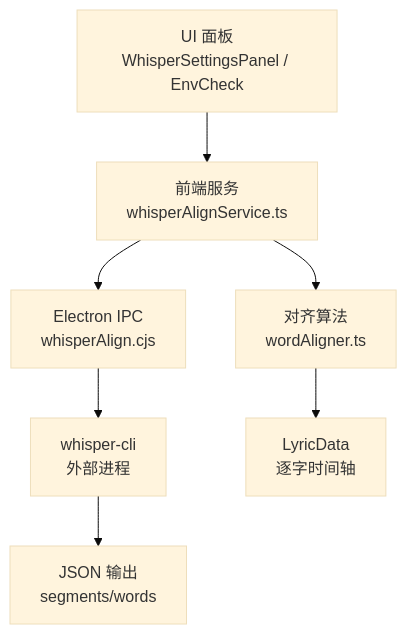
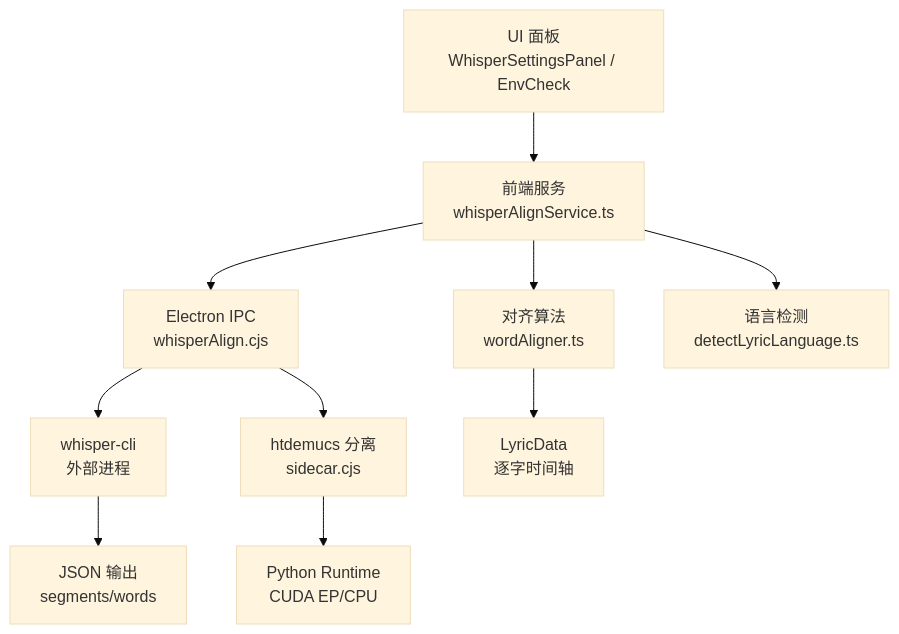
Before and after one commit to nonemarks/folia_player: the first of 6 diagrams in .qoder/repowiki/zh/content/模组系统/内置模组详解/Whisper歌词对齐工具.md, drawn with Mermaid (base theme). The commit also changed other lines of this file and 4 other files, not shown here.

````diff
--- a/.qoder/repowiki/zh/content/模组系统/内置模组详解/Whisper歌词对齐工具.md
+++ b/.qoder/repowiki/zh/content/模组系统/内置模组详解/Whisper歌词对齐工具.md
@@ -46,9 +62,12 @@
 ```mermaid
 graph TB
 UI["UI 面板<br/>WhisperSettingsPanel / EnvCheck"] --> Service["前端服务<br/>whisperAlignService.ts"]
 Service --> IPC["Electron IPC<br/>whisperAlign.cjs"]
 IPC --> CLI["whisper-cli<br/>外部进程"]
+IPC --> Sidecar["htdemucs 分离<br/>sidecar.cjs"]
+Sidecar --> Python["Python Runtime<br/>CUDA EP/CPU"]
 CLI --> JSON["JSON 输出<br/>segments/words"]
 Service --> Align["对齐算法<br/>wordAligner.ts"]
+Service --> LangDetect["语言检测<br/>detectLyricLanguage.ts"]
 Align --> Output["LyricData<br/>逐字时间轴"]
 ```
````
